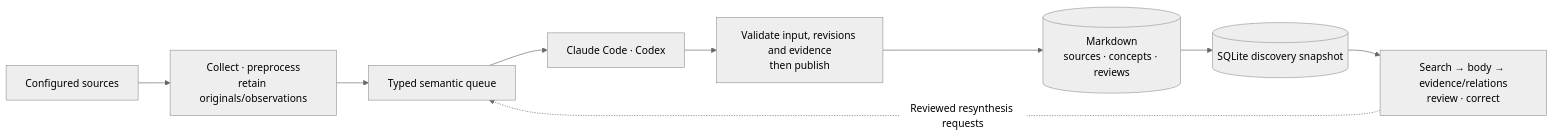
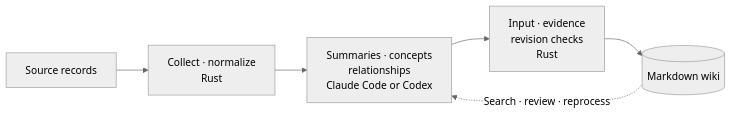
Before and after one commit to junyeong-ai/lorekeeper: the first of 2 diagrams in README.en.md, drawn with Mermaid (neutral theme). The commit also changed other lines of this file and 4 other files, not shown here.

````diff
--- a/README.en.md
+++ b/README.en.md
@@ -36,11 +31,8 @@
 ```mermaid
 flowchart LR
-    S["Configured sources"] --> C["Collect · preprocess<br/>retain originals/observations"]
-    C --> Q["Typed semantic queue"]
-    Q --> A["Claude Code · Codex"]
-    A --> P["Validate input, revisions and evidence<br/>then publish"]
-    P --> V[("Markdown<br/>sources · concepts · reviews")]
-    V --> N[("SQLite discovery snapshot")]
-    N --> R["Search → body → evidence/relations<br/>review · correct"]
-    R -. "Reviewed resynthesis requests" .-> Q
+    S["Source records"] --> C["Collect · normalize<br/>Rust"]
+    C --> A["Summaries · concepts<br/>relationships<br/>Claude Code or Codex"]
+    A --> G["Input · evidence<br/>revision checks<br/>Rust"]
+    G --> W[("Markdown wiki")]
+    W -. "Search · review · reprocess" .-> A
 ```
````
